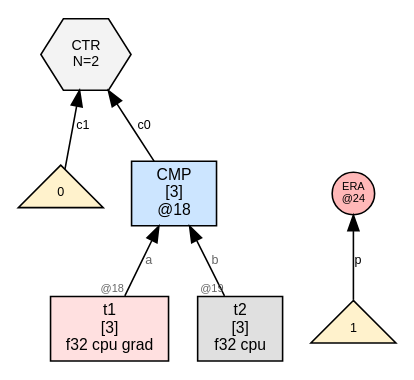
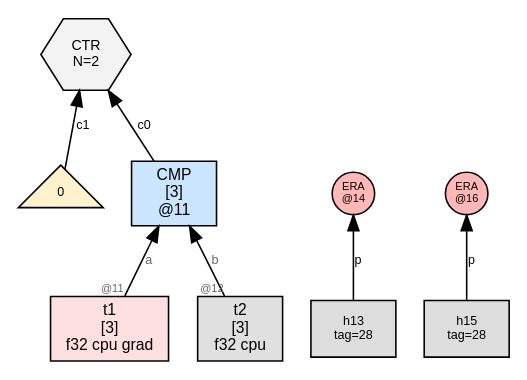
One commit to sw1sh/TinyHVM changed the diagram in wl/examples/thvm_graphs/grad_rules/cmp/thvm_1_post_reduce.dot. Above: the diagram before and after it, drawn with Graphviz. The commit also changed 210 other files, not shown here.

```diff
--- a/wl/examples/thvm_graphs/grad_rules/cmp/thvm_1_post_reduce.dot
+++ b/wl/examples/thvm_graphs/grad_rules/cmp/thvm_1_post_reduce.dot
@@ -1,18 +1,21 @@
 digraph G {
   rankdir=BT;
   node [fontname="Helvetica", fontsize=10, style=filled, shape=box, margin="0.1,0.05"];
   edge [fontsize=8, fontname="Helvetica"];
 
-  n18 [label="CMP\n[3]\n@18", shape=box, fillcolor="#cce5ff"];
+  n11 [label="CMP\n[3]\n@11", shape=box, fillcolor="#cce5ff"];
   t1 [label="t1\n[3]\nf32 cpu grad",shape=box,fillcolor="#ffe0e0"];
-  t1 -> n18 [label="a",taillabel="@18",labelfontsize=7,fontcolor="#666666"];
+  t1 -> n11 [label="a",taillabel="@11",labelfontsize=7,fontcolor="#666666"];
   t2 [label="t2\n[3]\nf32 cpu",shape=box,fillcolor="#e0e0e0"];
-  t2 -> n18 [label="b",taillabel="@19",labelfontsize=7,fontcolor="#666666"];
-  ctr16 [label="CTR\nN=2", shape=hexagon, fillcolor="#f3f3f3", fontsize=9];
-  n18 -> ctr16 [label="c0"];
-  num_ctr16_17 [label="0",shape=triangle,fillcolor="#fff2cc",fontsize=8];
-  num_ctr16_17 -> ctr16 [label="c1"];
-  era24 [label="ERA\n@24",shape=circle,width=0.38,height=0.38,fixedsize=true,fillcolor="#ffb8b8",fontsize=7];
-  num_era24 [label="1",shape=triangle,fillcolor="#fff2cc",fontsize=8];
-  num_era24 -> era24 [label="p"];
+  t2 -> n11 [label="b",taillabel="@12",labelfontsize=7,fontcolor="#666666"];
+  ctr6 [label="CTR\nN=2", shape=hexagon, fillcolor="#f3f3f3", fontsize=9];
+  n11 -> ctr6 [label="c0"];
+  num_ctr6_7 [label="0",shape=triangle,fillcolor="#fff2cc",fontsize=8];
+  num_ctr6_7 -> ctr6 [label="c1"];
+  era14 [label="ERA\n@14",shape=circle,width=0.38,height=0.38,fixedsize=true,fillcolor="#ffb8b8",fontsize=7];
+  h13 [label="h13\ntag=28", shape=box, fillcolor="#dddddd", fontsize=8];
+  h13 -> era14 [label="p"];
+  era16 [label="ERA\n@16",shape=circle,width=0.38,height=0.38,fixedsize=true,fillcolor="#ffb8b8",fontsize=7];
+  h15 [label="h15\ntag=28", shape=box, fillcolor="#dddddd", fontsize=8];
+  h15 -> era16 [label="p"];
 }
```
